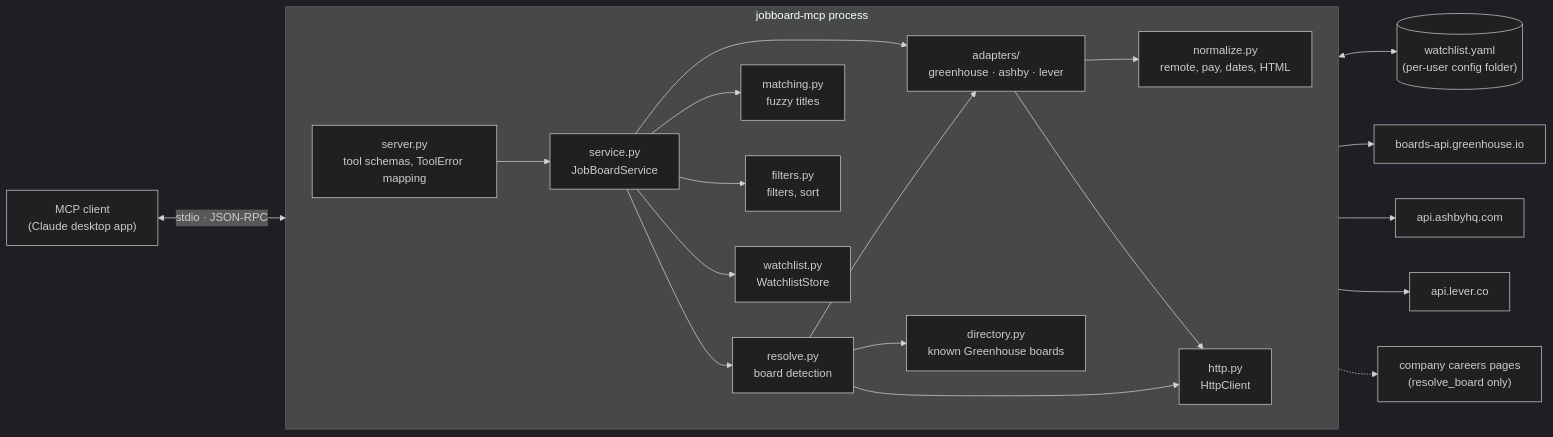
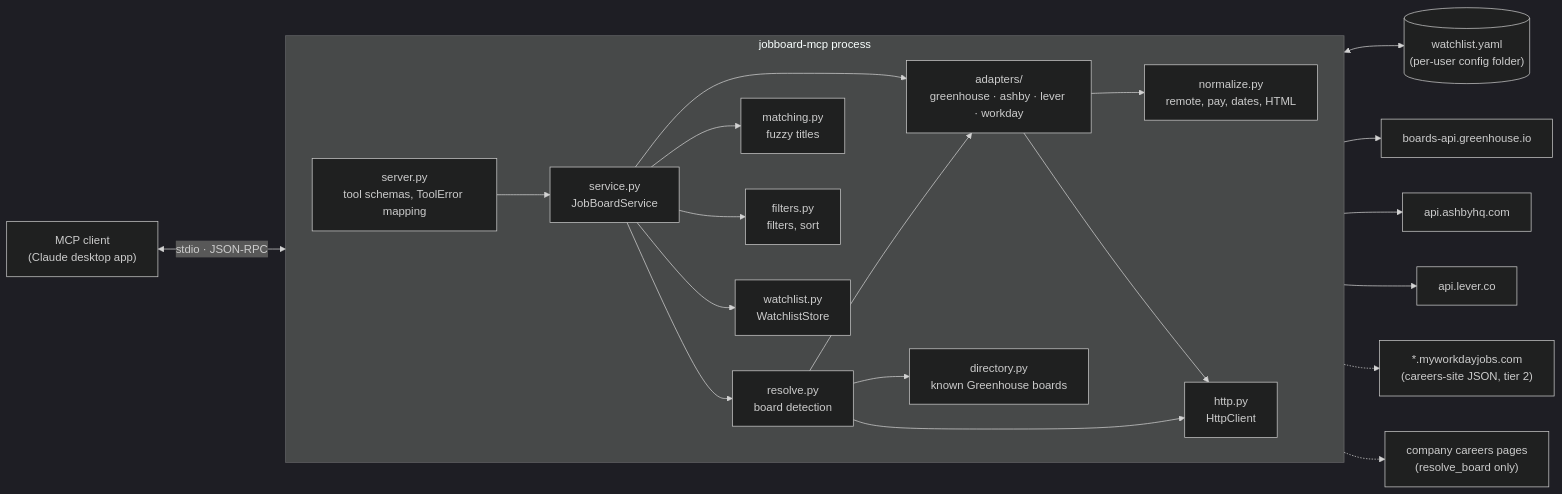
The first of 7 diagrams in docs/architecture.md (HakujouRyu/jobboard-mcp), drawn with Mermaid (dark theme) before and after one commit. The commit also changed other lines of this file and 29 other files, not shown here.

First line of the commit message:
Add a Workday adapter that reads careers sites' own JSON

````diff
--- a/docs/architecture.md
+++ b/docs/architecture.md
@@ -18,42 +18,44 @@
 ```mermaid
 flowchart LR
     client["MCP client<br/>(Claude desktop app)"]
 
     subgraph proc["jobboard-mcp process"]
         direction LR
         server["server.py<br/>tool schemas, ToolError mapping"]
         service["service.py<br/>JobBoardService"]
-        adapters["adapters/<br/>greenhouse · ashby · lever"]
+        adapters["adapters/<br/>greenhouse · ashby · lever · workday"]
         resolve["resolve.py<br/>board detection"]
         directory["directory.py<br/>known Greenhouse boards"]
         matching["matching.py<br/>fuzzy titles"]
         filters["filters.py<br/>filters, sort"]
         normalize["normalize.py<br/>remote, pay, dates, HTML"]
         store["watchlist.py<br/>WatchlistStore"]
         http["http.py<br/>HttpClient"]
     end
 
     yaml[("watchlist.yaml<br/>(per-user config folder)")]
     gh["boards-api.greenhouse.io"]
     ash["api.ashbyhq.com"]
     lev["api.lever.co"]
+    wd["*.myworkdayjobs.com<br/>(careers-site JSON, tier 2)"]
     careers["company careers pages<br/>(resolve_board only)"]
 
     client <-->|"stdio · JSON-RPC"| server
     server --> service
     service --> adapters
     service --> resolve
     service --> matching
     service --> filters
     service --> store
     adapters --> normalize
     resolve --> adapters
     resolve --> directory
     adapters --> http
     resolve --> http
     store <--> yaml
     http --> gh
     http --> ash
     http --> lev
+    http -.-> wd
     http -.-> careers
 ```
````
